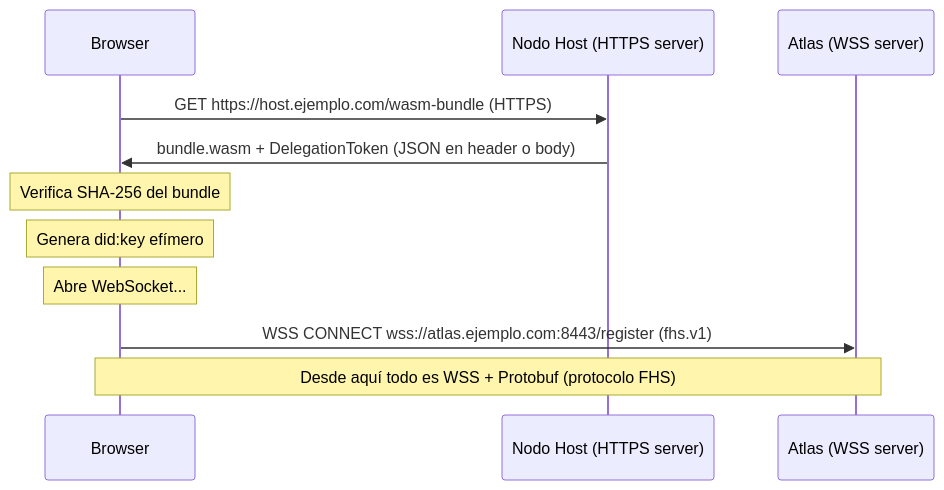
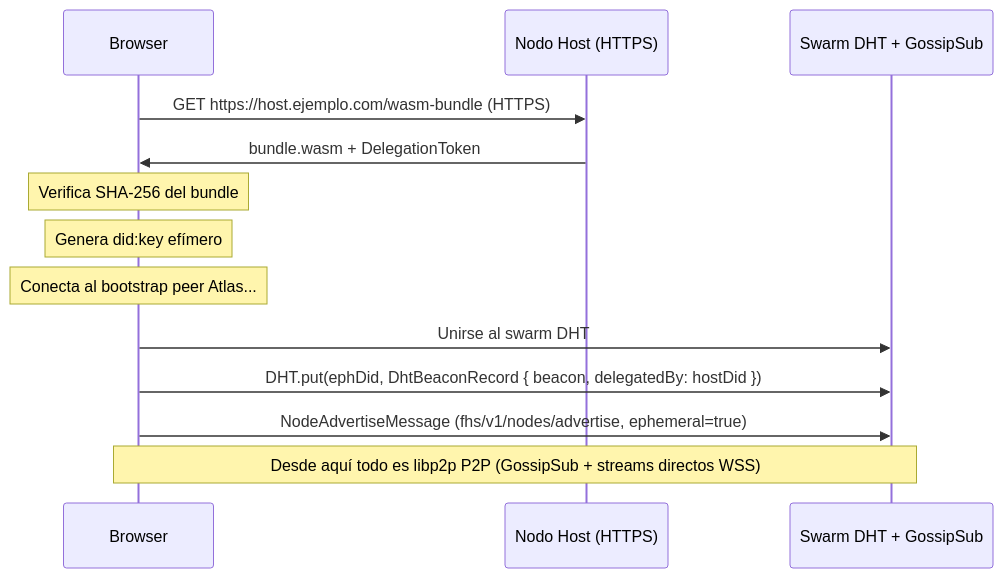
The fifth of 5 diagrams in protocol/network.md (rafex/galaxIA), drawn with Mermaid before and after one commit. The commit also changed other lines of this file, not shown here.

First line of the commit message:
docs(protocol): actualizar network.md para arquitectura P2P libp2p (DEC-P2P-001)

````diff
--- a/protocol/network.md
+++ b/protocol/network.md
@@ -188,16 +329,18 @@
 ```mermaid
 sequenceDiagram
     participant B as Browser
-    participant H as Nodo Host (HTTPS server)
-    participant A as Atlas (WSS server)
+    participant H as Nodo Host (HTTPS)
+    participant S as Swarm DHT + GossipSub
 
     B->>H: GET https://host.ejemplo.com/wasm-bundle (HTTPS)
-    H->>B: bundle.wasm + DelegationToken (JSON en header o body)
+    H->>B: bundle.wasm + DelegationToken
 
     note over B: Verifica SHA-256 del bundle
     note over B: Genera did:key efímero
-    note over B: Abre WebSocket...
+    note over B: Conecta al bootstrap peer Atlas...
 
-    B->>A: WSS CONNECT wss://atlas.ejemplo.com:8443/register (fhs.v1)
-    note over B,A: Desde aquí todo es WSS + Protobuf (protocolo FHS)
+    B->>S: Unirse al swarm DHT
+    B->>S: DHT.put(ephDid, DhtBeaconRecord { beacon, delegatedBy: hostDid })
+    B->>S: NodeAdvertiseMessage (fhs/v1/nodes/advertise, ephemeral=true)
+    note over B,S: Desde aquí todo es libp2p P2P (GossipSub + streams directos WSS)
 ```
````
